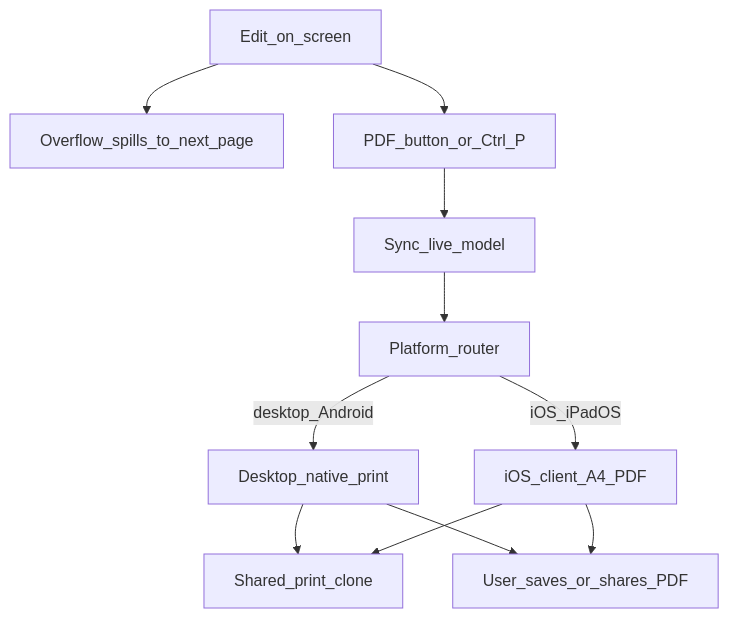
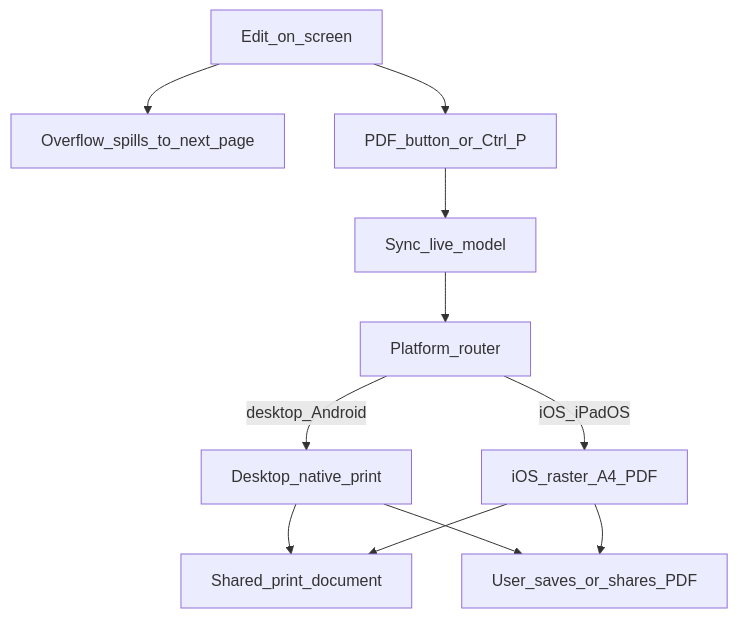
Before and after one commit to arverma/Bihar-Police-Notebook: the diagram in docs/components/templates.md, drawn with Mermaid. The commit also changed other lines of this file and 29 other files, not shown here.

````diff
--- a/docs/components/templates.md
+++ b/docs/components/templates.md
@@ -12,23 +14,23 @@
 ```mermaid
 flowchart TD
   edit[Edit_on_screen]
   spill[Overflow_spills_to_next_page]
   pdfBtn[PDF_button_or_Ctrl_P]
   sync[Sync_live_model]
   route[Platform_router]
-  clone[Shared_print_clone]
+  clone[Shared_print_document]
   native[Desktop_native_print]
-  client[iOS_client_A4_PDF]
+  raster[iOS_raster_A4_PDF]
   save[User_saves_or_shares_PDF]
 
   edit --> spill
   edit --> pdfBtn
   pdfBtn --> sync
   sync --> route
   route -->|desktop_Android| native
-  route -->|iOS_iPadOS| client
+  route -->|iOS_iPadOS| raster
   native --> clone
-  client --> clone
+  raster --> clone
   native --> save
-  client --> save
+  raster --> save
 ```
````
